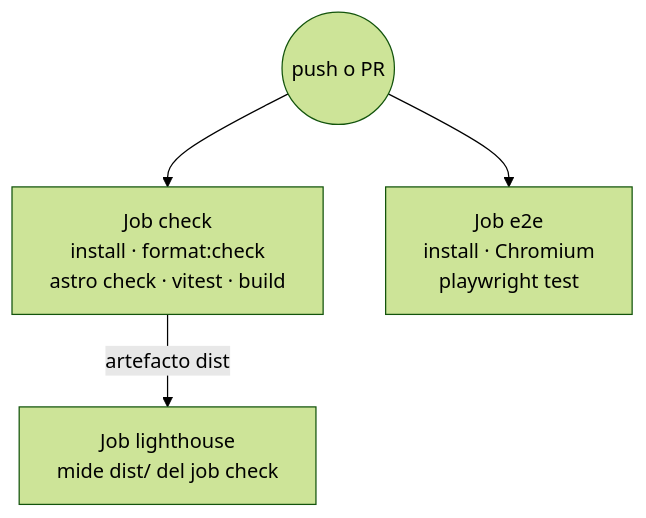
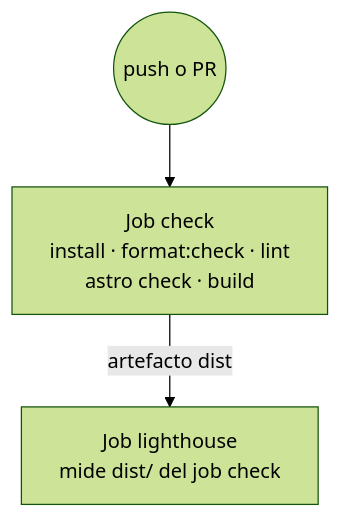
Before and after one commit to samirharrytl/DHC_landing: the fourth of 6 diagrams in docs/plataforma/06-desarrollo-y-operacion.md, drawn with Mermaid (forest theme). The commit also changed other lines of this file and 12 other files, not shown here.

````diff
--- a/docs/plataforma/06-desarrollo-y-operacion.md
+++ b/docs/plataforma/06-desarrollo-y-operacion.md
@@ -401,10 +397,8 @@
 ```mermaid
 flowchart TB
     F0(("push o PR"))
-    F1["Job check<br/>install · format:check<br/>astro check · vitest · build"]
-    F2["Job e2e<br/>install · Chromium<br/>playwright test"]
+    F1["Job check<br/>install · format:check · lint<br/>astro check · build"]
     F3["Job lighthouse<br/>mide dist/ del job check"]
     F0 --> F1
-    F0 --> F2
     F1 -- "artefacto dist" --> F3
 ```
````
